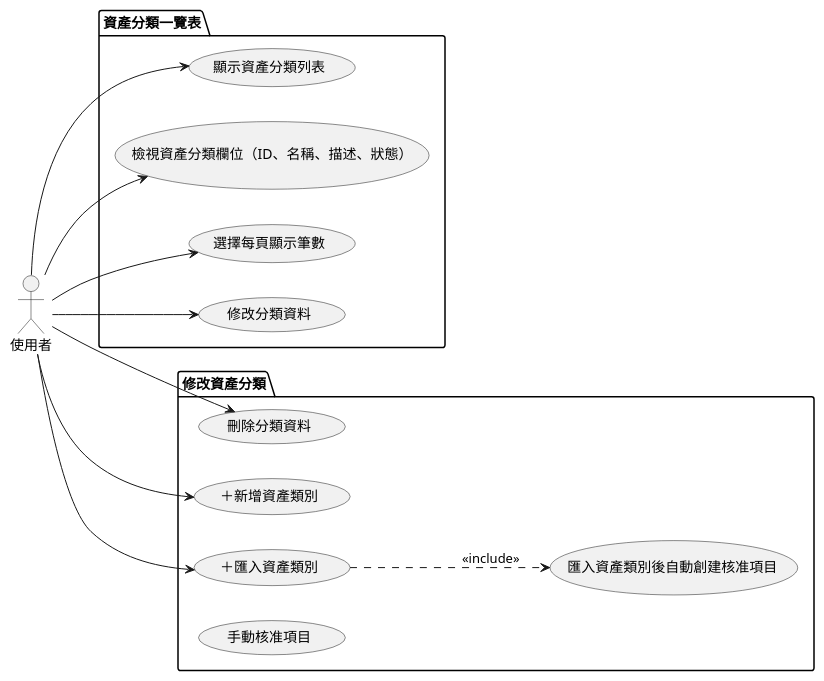
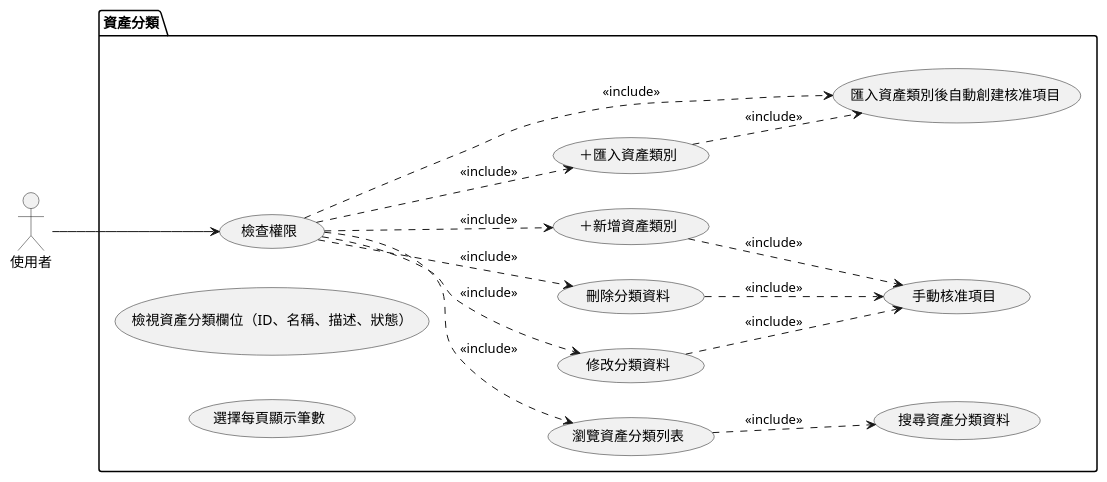
Before and after one commit to walle45611/NTUB_SecuManag_Diagram: the diagram in mermaid/use_case/asset ccategory_overview&edit.puml, drawn with PlantUML. The commit also changed 6 other files, not shown here.

Commit message:
(refactor): 更新用例圖，調整用例名稱及關聯以提升清晰度

```diff
--- a/mermaid/use_case/asset ccategory_overview&edit.puml
+++ b/mermaid/use_case/asset ccategory_overview&edit.puml
@@ -1,33 +1,35 @@
 @startuml asset_category_overview
 
 left to right direction
 
 actor 使用者
 
-package "資產分類一覽表" {
-    usecase "顯示資產分類列表" as UC1
+package "資產分類" {
+    usecase "檢查權限" as UC12
+    usecase "瀏覽資產分類列表" as UC1
     usecase "檢視資產分類欄位（ID、名稱、描述、狀態）" as UC2
     usecase "選擇每頁顯示筆數" as UC3
     usecase "搜尋資產分類資料" as UC4
+    usecase "修改分類資料" as UC5
+    usecase "刪除分類資料" as UC6
+    usecase "＋新增資產類別" as UC7
+    usecase "＋匯入資產類別" as UC8
+    usecase "匯入資產類別後自動創建核准項目" as UC10
+    usecase "手動核准項目" as UC11
 }
 
-package "修改資產分類" {
-    usecase "修改分類資料" as UC4
-    usecase "刪除分類資料" as UC5
-    usecase "＋新增資產類別" as UC6
-    usecase "＋匯入資產類別" as UC7
-    usecase "手動核准項目" as UC8
-    usecase "匯入資產類別後自動創建核准項目" as UC9
-}
+使用者 --> UC12
+UC12 .down.> UC1 : <<include>>
+UC12 .down.> UC5 : <<include>>
+UC12 .down.> UC6 : <<include>>
+UC12 .down.> UC7 : <<include>>
+UC12 .down.> UC8 : <<include>>
+UC12 .down.> UC10 : <<include>>
 
-UC7 .down.> UC9 : <<include>>
-
-使用者 --> UC1
-使用者 --> UC2
-使用者 --> UC3
-使用者 --> UC4
-使用者 --> UC5
-使用者 --> UC6
-使用者 --> UC7
+UC1 .down.> UC4 : <<include>>
+UC5 .down.> UC11 : <<include>>
+UC6 .down.> UC11 : <<include>>
+UC7 .down.> UC11 : <<include>>
+UC8 .down.> UC10 : <<include>>
 
 @enduml
```
